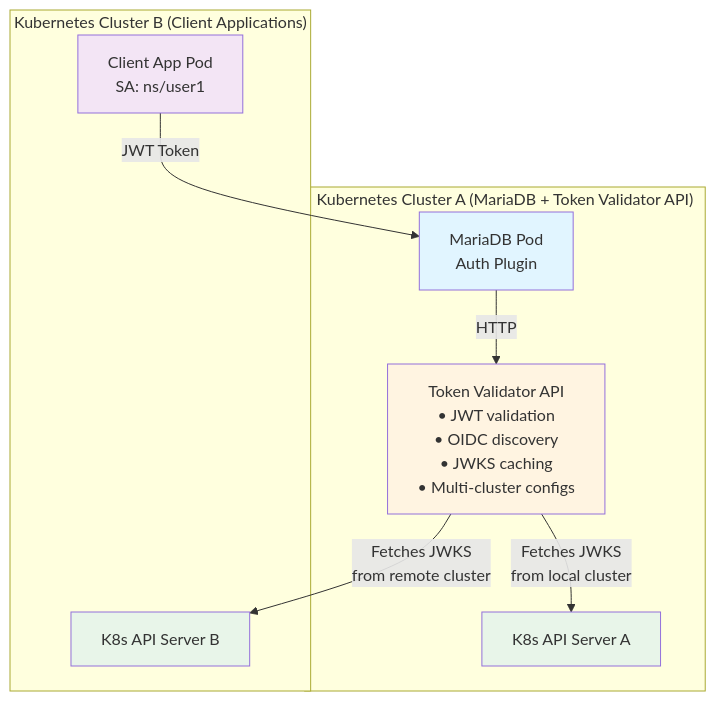
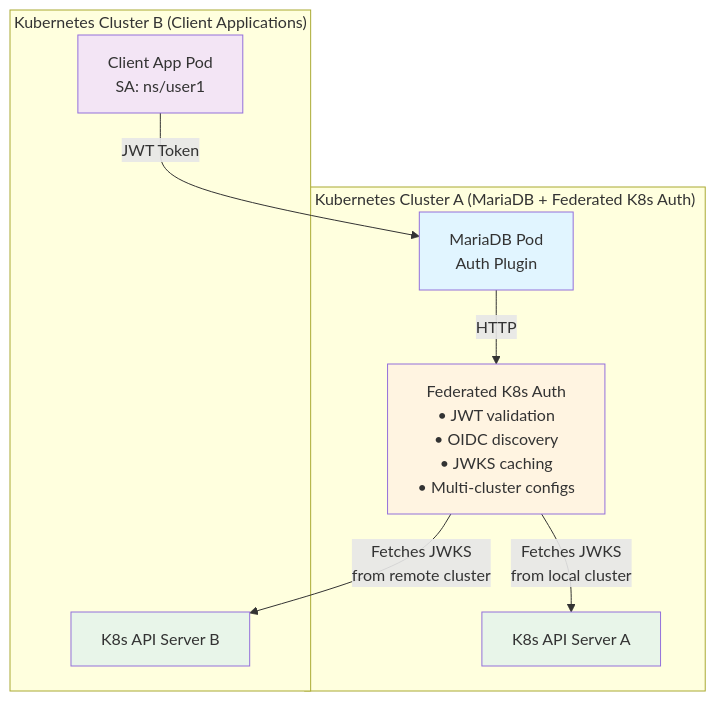
The first of 3 diagrams in README.md (rophy/mariadb-auth-k8s), drawn with Mermaid before and after one commit. The commit also changed other lines of this file and 26 other files, not shown here.

First line of the commit message:
refactor: rename token-validator-api to federated-k8s-auth

````diff
--- a/README.md
+++ b/README.md
@@ -22,25 +22,25 @@
 ```mermaid
 graph TB
     subgraph ClusterB["Kubernetes Cluster B (Client Applications)"]
         ClientPod["Client App Pod<br/>SA: ns/user1"]
         K8sAPIB["K8s API Server B"]
     end
 
-    subgraph ClusterA["Kubernetes Cluster A (MariaDB + Token Validator API)"]
+    subgraph ClusterA["Kubernetes Cluster A (MariaDB + Federated K8s Auth)"]
         MariaDB["MariaDB Pod<br/>Auth Plugin"]
-        API["Token Validator API<br/>• JWT validation<br/>• OIDC discovery<br/>• JWKS caching<br/>• Multi-cluster configs"]
+        API["Federated K8s Auth<br/>• JWT validation<br/>• OIDC discovery<br/>• JWKS caching<br/>• Multi-cluster configs"]
         K8sAPIA["K8s API Server A"]
 
         MariaDB -->|HTTP| API
         API -->|Fetches JWKS<br/>from local cluster| K8sAPIA
     end
 
     ClientPod -->|JWT Token| MariaDB
     API -->|Fetches JWKS<br/>from remote cluster| K8sAPIB
 
     style MariaDB fill:#e1f5ff
     style API fill:#fff4e1
     style K8sAPIA fill:#e8f5e9
     style K8sAPIB fill:#e8f5e9
     style ClientPod fill:#f3e5f5
 ```
````
